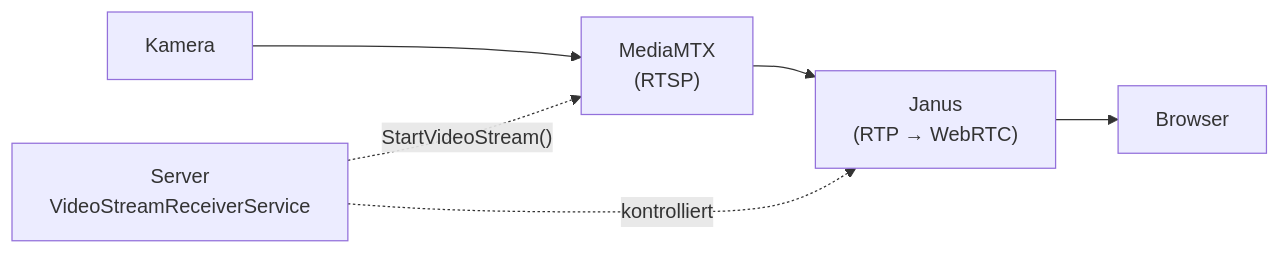
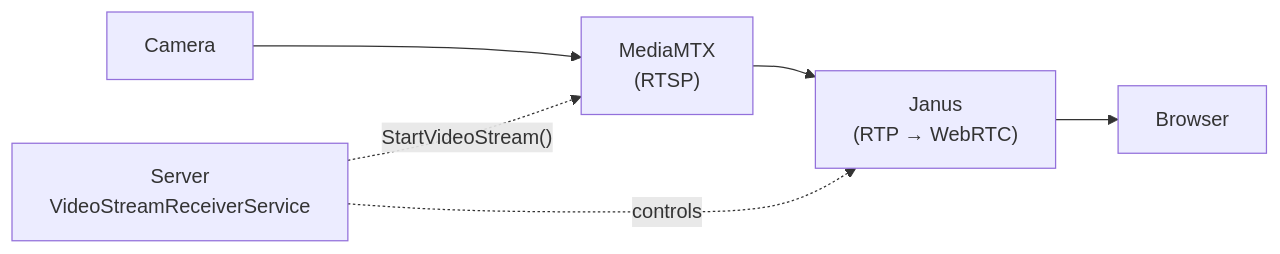
Before and after one commit to atomroflman/LteCar: the fourth of 6 diagrams in Docs/Architecture.md, drawn with Mermaid. The commit also changed other lines of this file and 10 other files, not shown here.

````diff
--- a/Docs/Architecture.md
+++ b/Docs/Architecture.md
@@ -104,12 +104,12 @@
 ```mermaid
 graph LR
-    Kamera["Kamera"]
+    Kamera["Camera"]
     MediaMTX["MediaMTX<br/>(RTSP)"]
     Janus["Janus<br/>(RTP → WebRTC)"]
     Browser["Browser"]
     Server["Server<br/>VideoStreamReceiverService"]
 
     Kamera --> MediaMTX --> Janus --> Browser
-    Server -. "kontrolliert" .-> Janus
+    Server -. "controls" .-> Janus
     Server -. "StartVideoStream()" .-> MediaMTX
 ```
````
